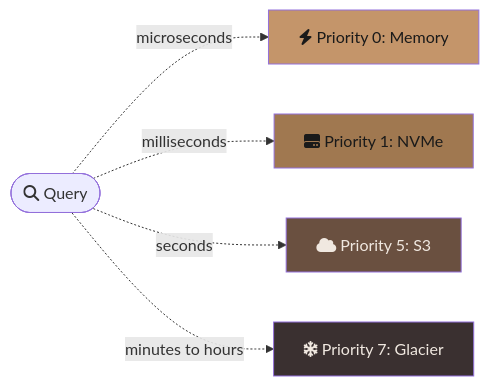
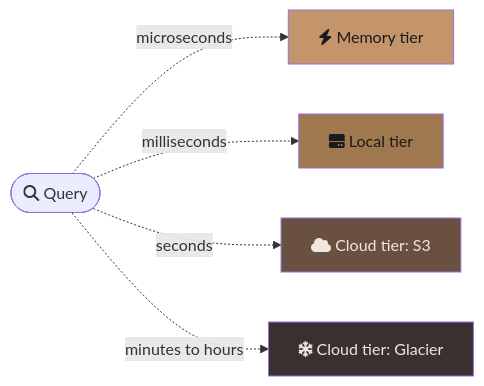
One commit to kluzzebass/gastrolog changed the fourth of 5 diagrams in docs/vision.md. Above: the diagram before and after it, drawn with Mermaid. The commit also changed other lines of this file and 1 other file, not shown here.

First line of the commit message:
docs: rework storage model — StorageArea, CloudService, three tier types

````diff
--- a/docs/vision.md
+++ b/docs/vision.md
@@ -279,12 +279,12 @@
 ```mermaid
 flowchart LR
-    Q([fa:fa-search Query]) -.->|microseconds| P0[fa:fa-bolt Priority 0: Memory]
-    Q -.->|milliseconds| P1[fa:fa-hard-drive Priority 1: NVMe]
-    Q -.->|seconds| P5[fa:fa-cloud Priority 5: S3]
-    Q -.->|minutes to hours| P7[fa:fa-snowflake Priority 7: Glacier]
+    Q([fa:fa-search Query]) -.->|microseconds| MT[fa:fa-bolt Memory tier]
+    Q -.->|milliseconds| LT[fa:fa-hard-drive Local tier]
+    Q -.->|seconds| CT[fa:fa-cloud Cloud tier: S3]
+    Q -.->|minutes to hours| AT[fa:fa-snowflake Cloud tier: Glacier]
 
-    style P0 fill:#c4956a,color:#1a1a1a
-    style P1 fill:#a07850,color:#1a1a1a
-    style P5 fill:#6a5040,color:#f0e8e0
-    style P7 fill:#3a3030,color:#f0e8e0
+    style MT fill:#c4956a,color:#1a1a1a
+    style LT fill:#a07850,color:#1a1a1a
+    style CT fill:#6a5040,color:#f0e8e0
+    style AT fill:#3a3030,color:#f0e8e0
 ```
````
